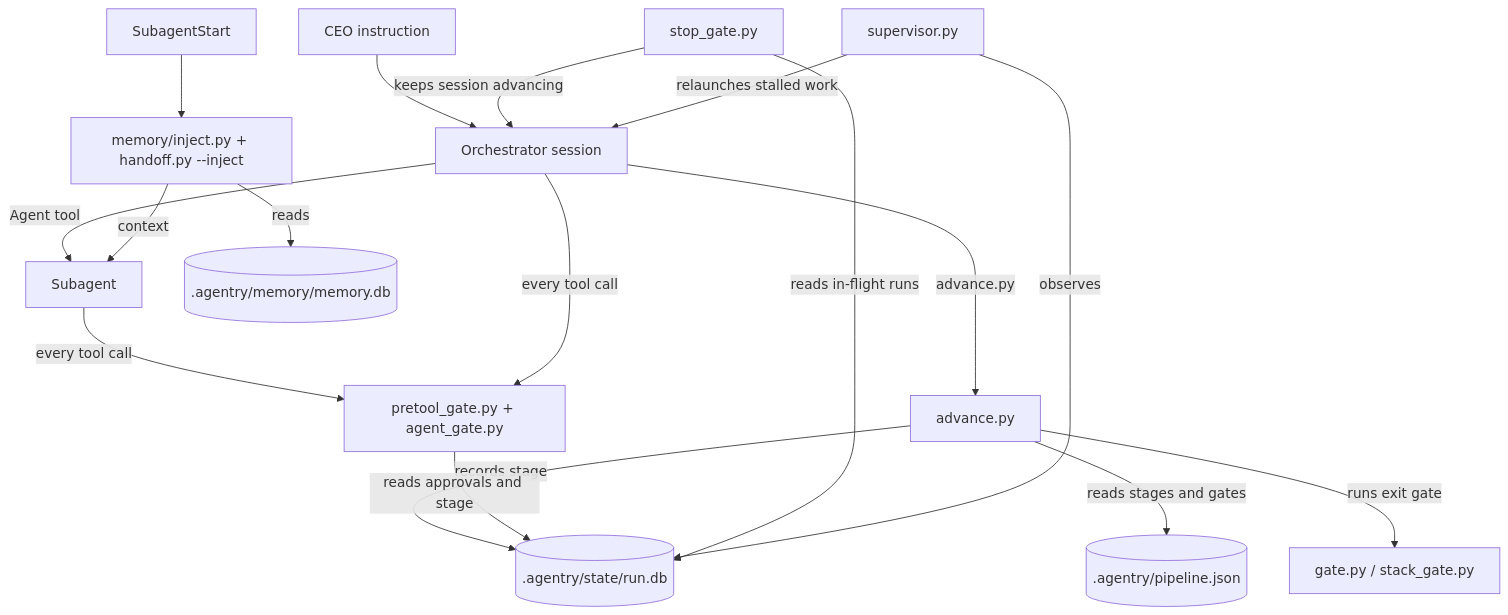
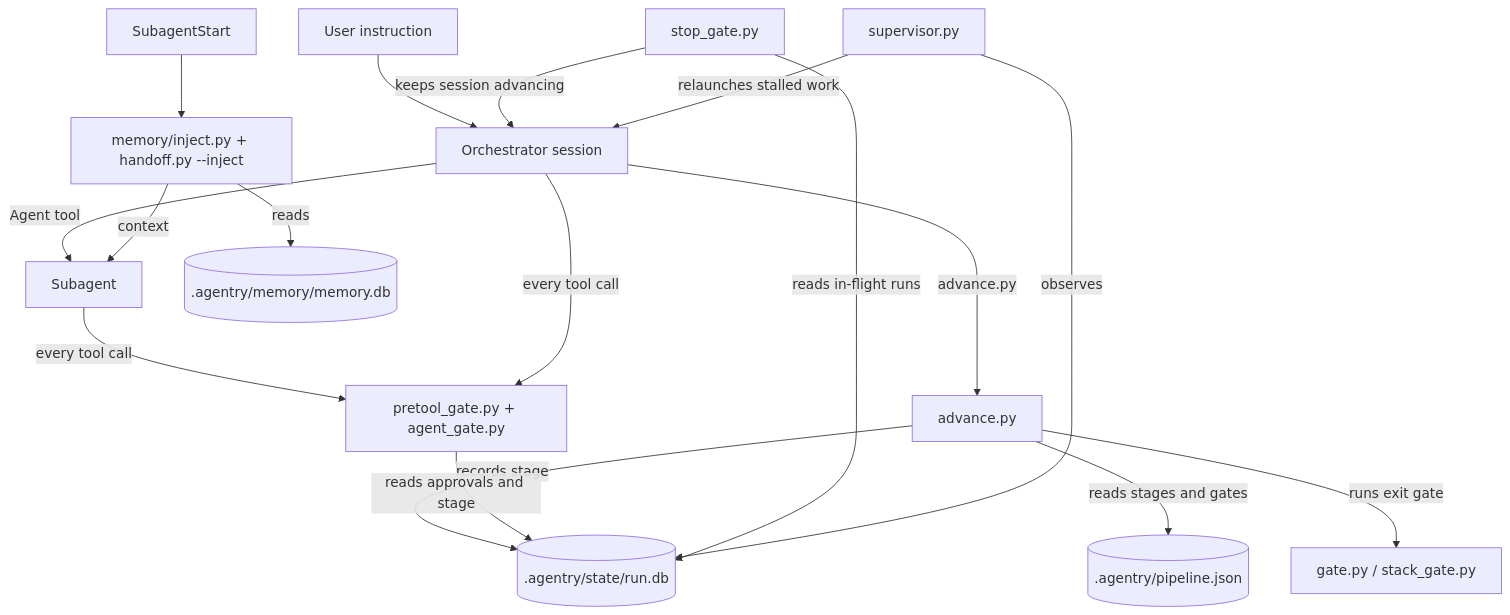
One commit to AlexWaha/agentry changed the diagram in .agentry/project/architecture.md. Above: the diagram before and after it, drawn with Mermaid. The commit also changed other lines of this file and 142 other files, not shown here.

First line of the commit message:
[task-0094] chore: rename the human role from CEO to User across the harness

````diff
--- a/.agentry/project/architecture.md
+++ b/.agentry/project/architecture.md
@@ -142,19 +142,19 @@
 ```mermaid
 flowchart TD
-    CEO[CEO instruction] --> ORCH[Orchestrator session]
+    USR[User instruction] --> ORCH[Orchestrator session]
     ORCH -->|Agent tool| AG[Subagent]
     ORCH -->|advance.py| ADV[advance.py]
     ADV -->|reads stages and gates| CFG[(.agentry/pipeline.json)]
     ADV -->|runs exit gate| GATE[gate.py / stack_gate.py]
     ADV -->|records stage| RUN[(.agentry/state/run.db)]
     AG -->|every tool call| PRE[pretool_gate.py + agent_gate.py]
     ORCH -->|every tool call| PRE
     PRE -->|reads approvals and stage| RUN
     STOP[stop_gate.py] -->|reads in-flight runs| RUN
     STOP -->|keeps session advancing| ORCH
     SUB[supervisor.py] -->|observes| RUN
     SUB -->|relaunches stalled work| ORCH
     START[SubagentStart] --> INJ[memory/inject.py + handoff.py --inject]
     INJ -->|reads| MEM[(.agentry/memory/memory.db)]
     INJ -->|context| AG
 ```
````
